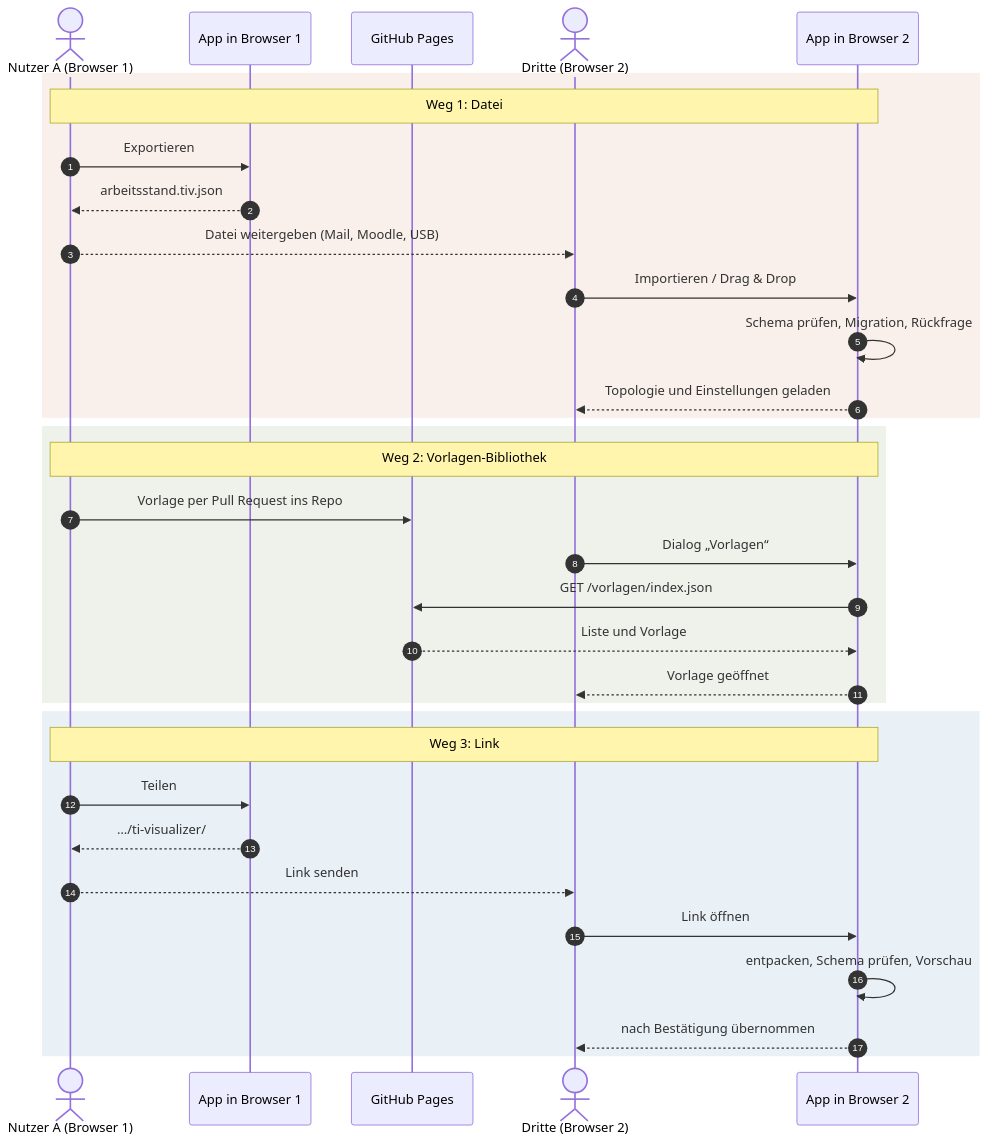
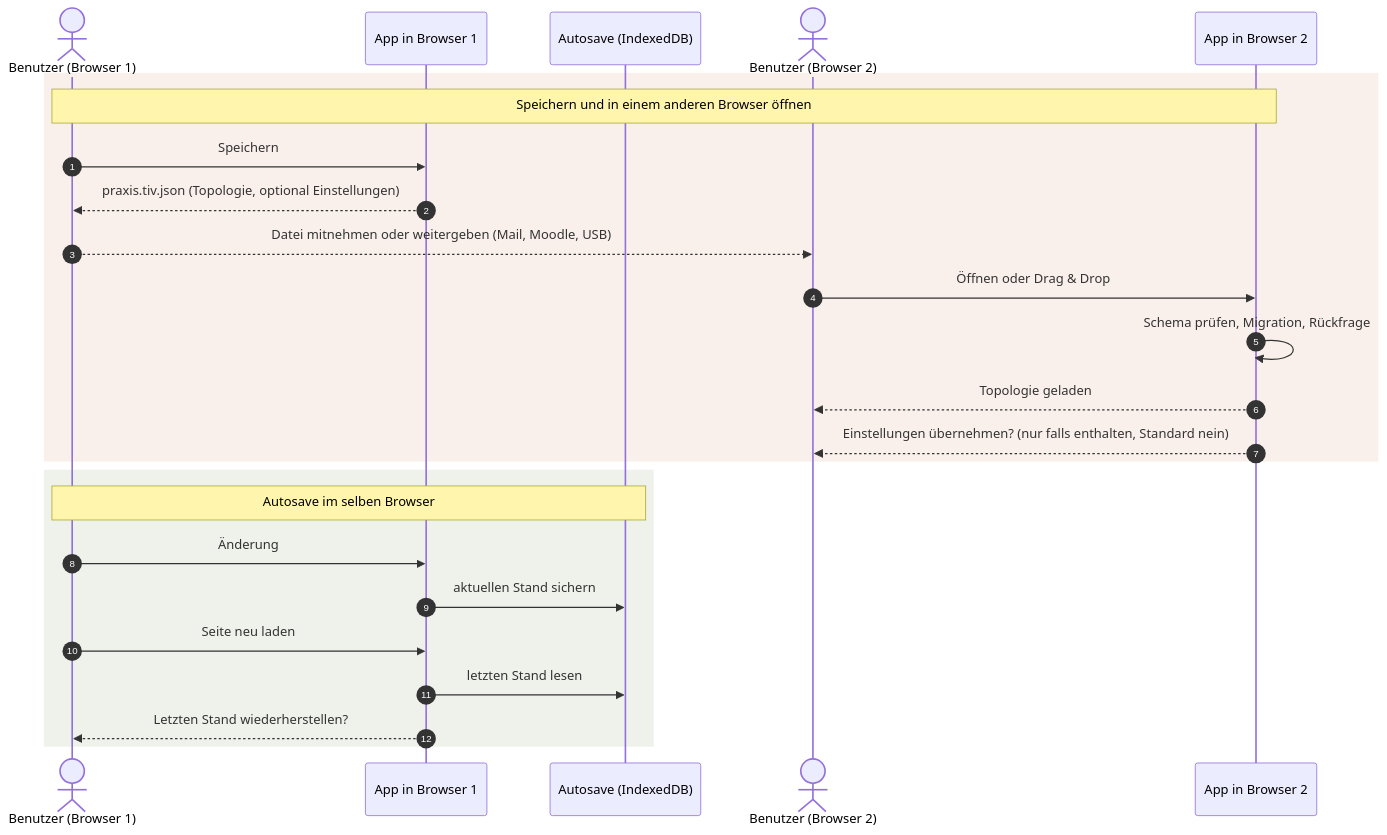
The sixth of 10 diagrams in specs/001-ti-visualizer-baukasten/architektur.md (jurie2000/ti-visualizer), drawn with Mermaid before and after one commit. The commit also changed other lines of this file and 8 other files, not shown here.

First line of the commit message:
Docs: Architektur überarbeitet, Speichern nur als Datei, Textbereinigung

````diff
--- a/specs/001-ti-visualizer-baukasten/architektur.md
+++ b/specs/001-ti-visualizer-baukasten/architektur.md
@@ -188,38 +433,29 @@
 ```mermaid
 sequenceDiagram
     autonumber
-    actor A as Nutzer A (Browser 1)
+    actor A as Benutzer (Browser 1)
     participant AppA as App in Browser 1
-    participant Pages as GitHub Pages
-    actor B as Dritte (Browser 2)
+    participant DB as Autosave (IndexedDB)
+    actor B as Benutzer (Browser 2)
     participant AppB as App in Browser 2
 
     rect rgba(198,113,57,0.10)
-    note over A,AppB: Weg 1: Datei
-    A->>AppA: Exportieren
-    AppA-->>A: arbeitsstand.tiv.json
-    A-->>B: Datei weitergeben (Mail, Moodle, USB)
-    B->>AppB: Importieren / Drag & Drop
+    note over A,AppB: Speichern und in einem anderen Browser öffnen
+    A->>AppA: Speichern
+    AppA-->>A: praxis.tiv.json (Topologie, optional Einstellungen)
+    A-->>B: Datei mitnehmen oder weitergeben (Mail, Moodle, USB)
+    B->>AppB: Öffnen oder Drag & Drop
     AppB->>AppB: Schema prüfen, Migration, Rückfrage
-    AppB-->>B: Topologie und Einstellungen geladen
+    AppB-->>B: Topologie geladen
+    AppB-->>B: Einstellungen übernehmen? (nur falls enthalten, Standard nein)
     end
 
     rect rgba(122,138,94,0.12)
-    note over A,AppB: Weg 2: Vorlagen-Bibliothek
-    A->>Pages: Vorlage per Pull Request ins Repo
-    B->>AppB: Dialog „Vorlagen“
-    AppB->>Pages: GET /vorlagen/index.json
-    Pages-->>AppB: Liste und Vorlage
-    AppB-->>B: Vorlage geöffnet
-    end
-
-    rect rgba(44,111,168,0.10)
-    note over A,AppB: Weg 3: Link
-    A->>AppA: Teilen
-    AppA-->>A: …/ti-visualizer/#t=komprimiert
-    A-->>B: Link senden
-    B->>AppB: Link öffnen
-    AppB->>AppB: entpacken, Schema prüfen, Vorschau
-    AppB-->>B: nach Bestätigung übernommen
+    note over A,DB: Autosave im selben Browser
+    A->>AppA: Änderung
+    AppA->>DB: aktuellen Stand sichern
+    A->>AppA: Seite neu laden
+    AppA->>DB: letzten Stand lesen
+    AppA-->>A: Letzten Stand wiederherstellen?
     end
 ```
````
